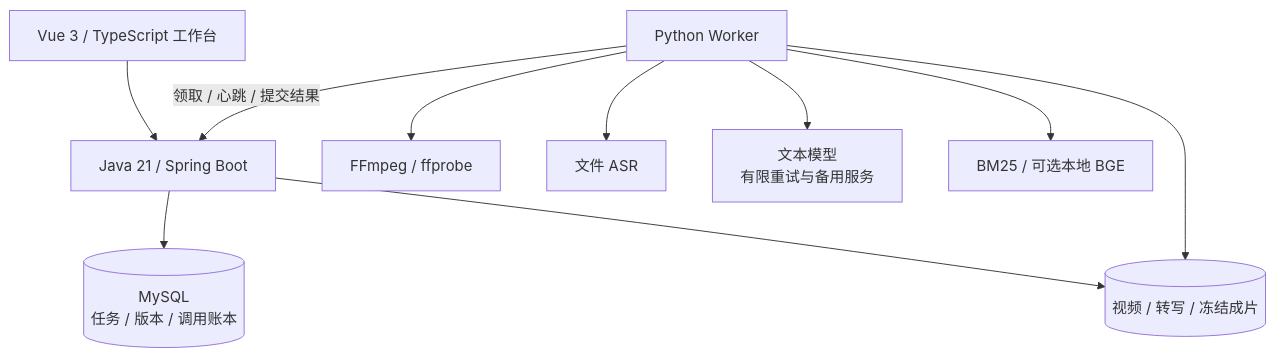
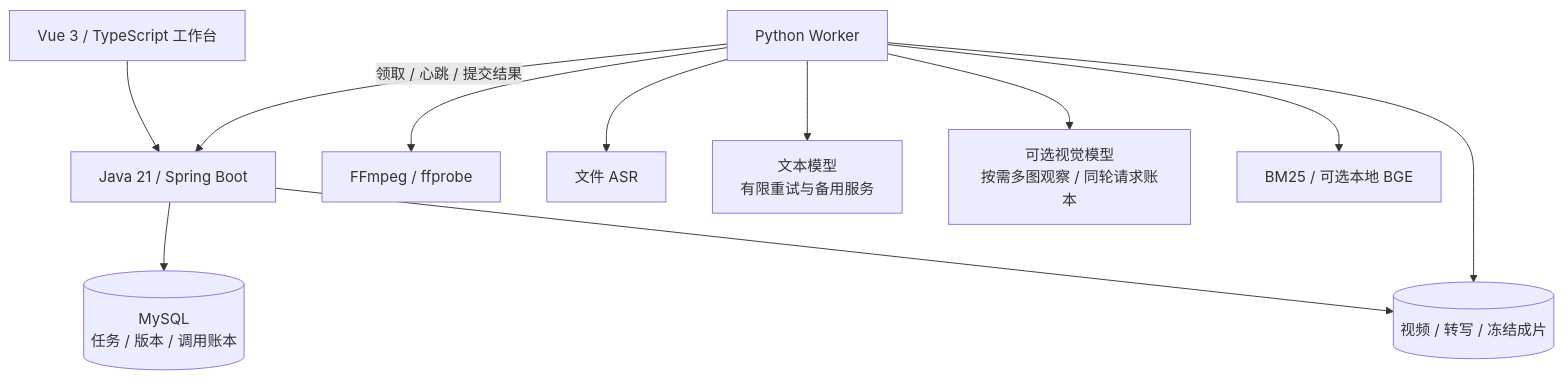
One commit to Lshiii/LiveCut-AI changed the second of 2 diagrams in README.md. Above: the diagram before and after it, drawn with Mermaid. The commit also changed other lines of this file and 48 other files, not shown here.

````diff
--- a/README.md
+++ b/README.md
@@ -371,12 +383,13 @@
 ```mermaid
 flowchart TD
     UI[Vue 3 / TypeScript 工作台] --> API[Java 21 / Spring Boot]
     API --> DB[("MySQL<br/>任务 / 版本 / 调用账本")]
     API --> STORE[(视频 / 转写 / 冻结成片)]
     WORKER[Python Worker] -->|领取 / 心跳 / 提交结果| API
     WORKER --> FFMPEG[FFmpeg / ffprobe]
     WORKER --> ASR[文件 ASR]
     WORKER --> TEXT["文本模型<br/>有限重试与备用服务"]
+    WORKER --> VLM["可选视觉模型<br/>按需多图观察 / 同轮请求账本"]
     WORKER --> SEARCH[BM25 / 可选本地 BGE]
     WORKER --> STORE
 ```
````
